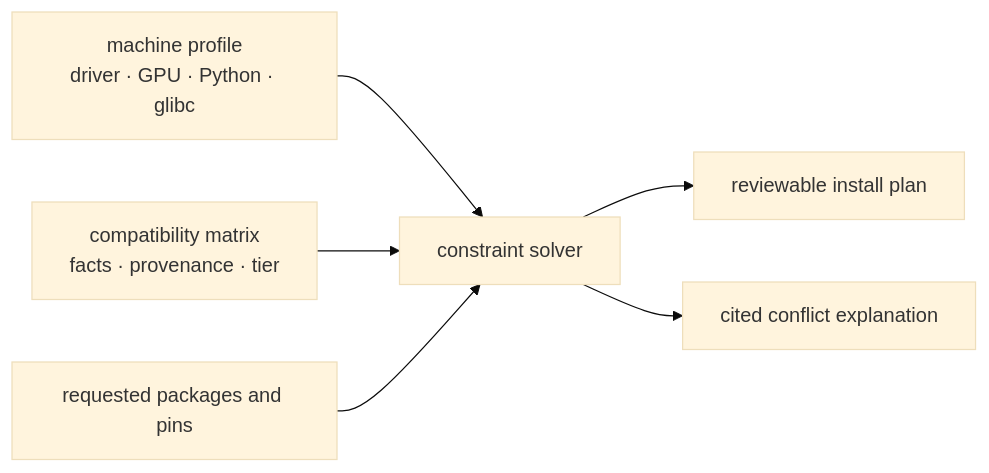
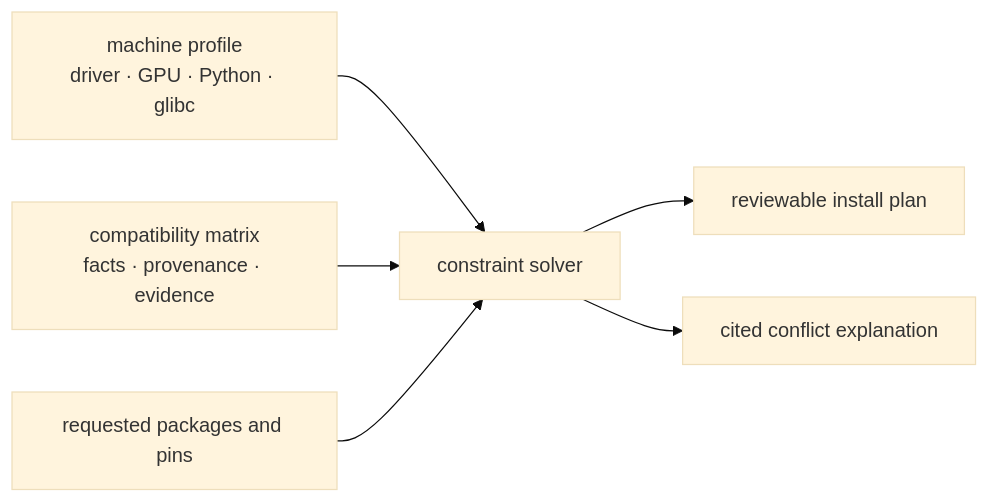
One commit to satwiksps/rigsolve changed the diagram in README.md. Above: the diagram before and after it, drawn with Mermaid (base theme). The commit also changed other lines of this file and 22 other files, not shown here.

````diff
--- a/README.md
+++ b/README.md
@@ -32,8 +29,8 @@
 ```mermaid
 flowchart LR
   A["machine profile\ndriver · GPU · Python · glibc"] --> S["constraint solver"]
-  M["compatibility matrix\nfacts · provenance · tier"] --> S
+  M["compatibility matrix\nfacts · provenance · evidence"] --> S
   W["requested packages and pins"] --> S
   S --> P["reviewable install plan"]
   S --> E["cited conflict explanation"]
 ```
````
